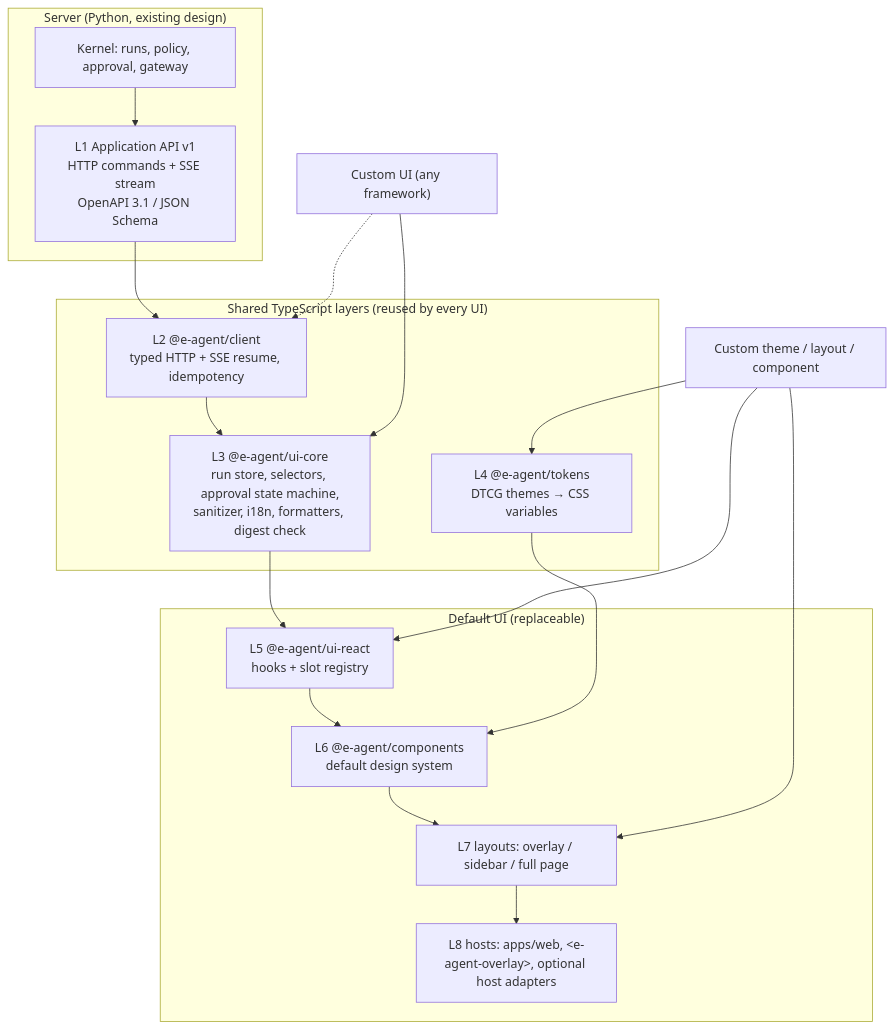
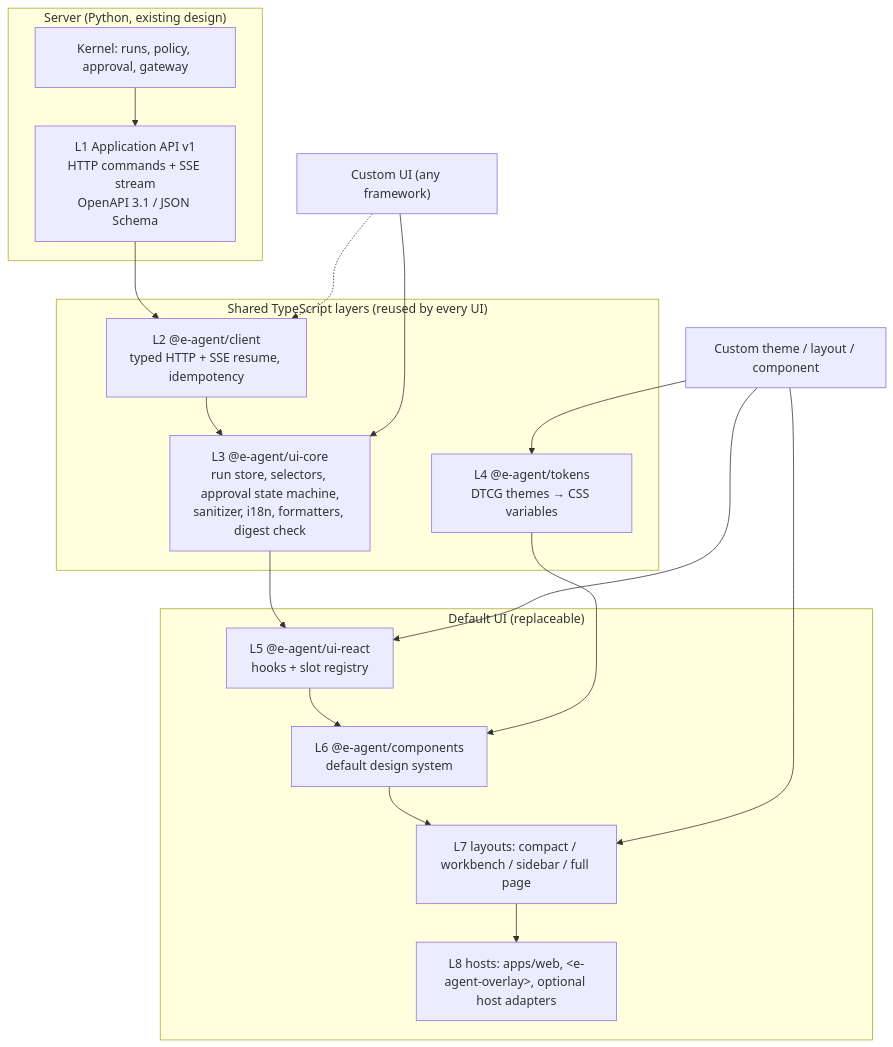
One commit to thanhnc261/e-agent changed the diagram in docs/ui-architecture.md. Above: the diagram before and after it, drawn with Mermaid. The commit also changed other lines of this file and 726 other files, not shown here.

````diff
--- a/docs/ui-architecture.md
+++ b/docs/ui-architecture.md
@@ -31,26 +34,26 @@
 ```mermaid
 flowchart TB
     subgraph Server["Server (Python, existing design)"]
         K[Kernel: runs, policy, approval, gateway]
         API["L1 Application API v1<br/>HTTP commands + SSE stream<br/>OpenAPI 3.1 / JSON Schema"]
         K --> API
     end
     subgraph Shared["Shared TypeScript layers (reused by every UI)"]
         C["L2 @e-agent/client<br/>typed HTTP + SSE resume, idempotency"]
         CORE["L3 @e-agent/ui-core<br/>run store, selectors, approval state machine,<br/>sanitizer, i18n, formatters, digest check"]
         TOK["L4 @e-agent/tokens<br/>DTCG themes → CSS variables"]
     end
     subgraph Default["Default UI (replaceable)"]
         R["L5 @e-agent/ui-react<br/>hooks + slot registry"]
         COMP["L6 @e-agent/components<br/>default design system"]
-        LAY["L7 layouts: overlay / sidebar / full page"]
+        LAY["L7 layouts: compact / workbench / sidebar / full page"]
         HOST["L8 hosts: apps/web, &lt;e-agent-overlay&gt;, optional host adapters"]
     end
     API --> C --> CORE --> R --> COMP --> LAY --> HOST
     TOK --> COMP
     X["Custom UI (any framework)"] --> CORE
     X -.-> C
     Y["Custom theme / layout / component"] --> TOK
     Y --> LAY
     Y --> R
 ```
````
